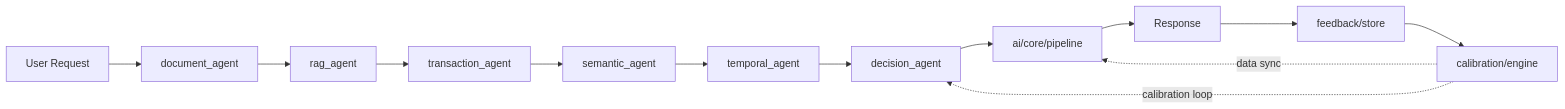
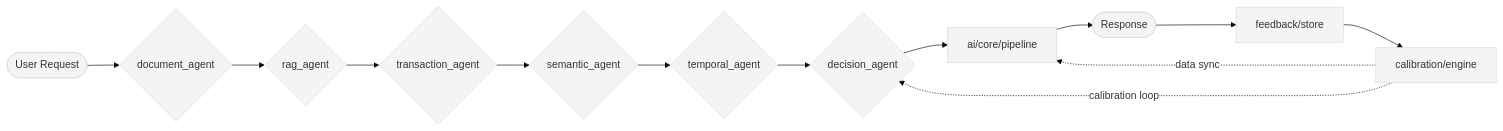
The second of 5 diagrams in README.md (Quantum-Blade1/multi-agent-model), drawn with Mermaid before and after one commit. The commit also changed other lines of this file, not shown here.

````diff
--- a/README.md
+++ b/README.md
@@ -9,18 +47,19 @@
 ```mermaid
+%%{init: {'theme': 'base', 'themeVariables': { 'primaryColor': '#f4f4f4', 'edgeLabelBackground':'#ffffff', 'tertiaryColor': '#ececec'}}}%%
 flowchart LR
-    UserReq["User Request"] --> documentAgent["document_agent"]
-    documentAgent --> ragAgent["rag_agent"]
-    ragAgent --> transactionAgent["transaction_agent"]
-    transactionAgent --> sanctionAgent["semantic_agent"]
-    sanctionAgent --> temporalAgent["temporal_agent"]
-    temporalAgent --> decisionAgent["decision_agent"]
+    UserReq(["User Request"]) --> documentAgent{"document_agent"}
+    documentAgent --> ragAgent{"rag_agent"}
+    ragAgent --> transactionAgent{"transaction_agent"}
+    transactionAgent --> sanctionAgent{"semantic_agent"}
+    sanctionAgent --> temporalAgent{"temporal_agent"}
+    temporalAgent --> decisionAgent{"decision_agent"}
     
     decisionAgent --> corePipeline["ai/core/pipeline"]
-    corePipeline --> Response["Response"]
+    corePipeline --> Response(["Response"])
     Response --> feedbackStore["feedback/store"]
     feedbackStore --> calibrationEngine["calibration/engine"]
 
     %% Feedback loops
     calibrationEngine -.->|calibration loop| decisionAgent
     calibrationEngine -.->|data sync| corePipeline
 ```
````
